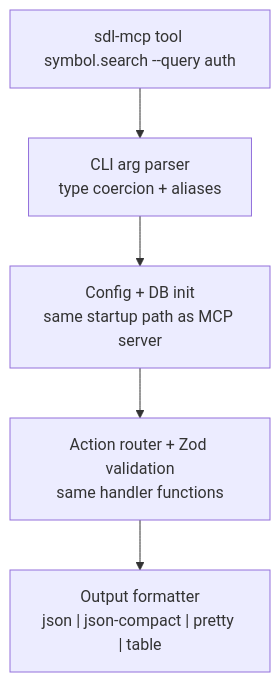
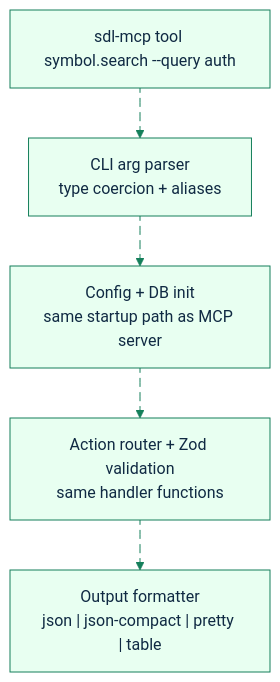
The diagram in docs/feature-deep-dives/cli-tool-access.md (GlitterKill/sdl-mcp), drawn with Mermaid before and after one commit. The commit also changed other lines of this file and 36 other files, not shown here.

````diff
--- a/docs/feature-deep-dives/cli-tool-access.md
+++ b/docs/feature-deep-dives/cli-tool-access.md
@@ -40,10 +34,17 @@
 ```mermaid
+%%{init: {"theme":"base","themeVariables":{"primaryColor":"#e8fff1","primaryBorderColor":"#157f5b","primaryTextColor":"#102a43","secondaryColor":"#eef6ff","secondaryBorderColor":"#2563eb","tertiaryColor":"#fff4d6","tertiaryBorderColor":"#b45309","lineColor":"#157f5b","fontFamily":"Trebuchet MS, Arial"},"flowchart":{"curve":"basis"}}}%%
 flowchart TD
     Cmd["sdl-mcp tool symbol.search --query auth"]
     Parse["CLI arg parser<br/>type coercion + aliases"]
     Init["Config + DB init<br/>same startup path as MCP server"]
     Route["Action router + Zod validation<br/>same handler functions"]
     Output["Output formatter<br/>json | json-compact | pretty | table"]
 
-    Cmd --> Parse --> Init --> Route --> Output
+    Cmd e1@--> Parse
+    Parse e2@--> Init
+    Init e3@--> Route
+    Route e4@--> Output
+
+    classDef animate stroke-dasharray: 9\,5,stroke-dashoffset: 900,animation: dash 25s linear infinite;
+    class e1,e2,e3,e4 animate
 ```
````
